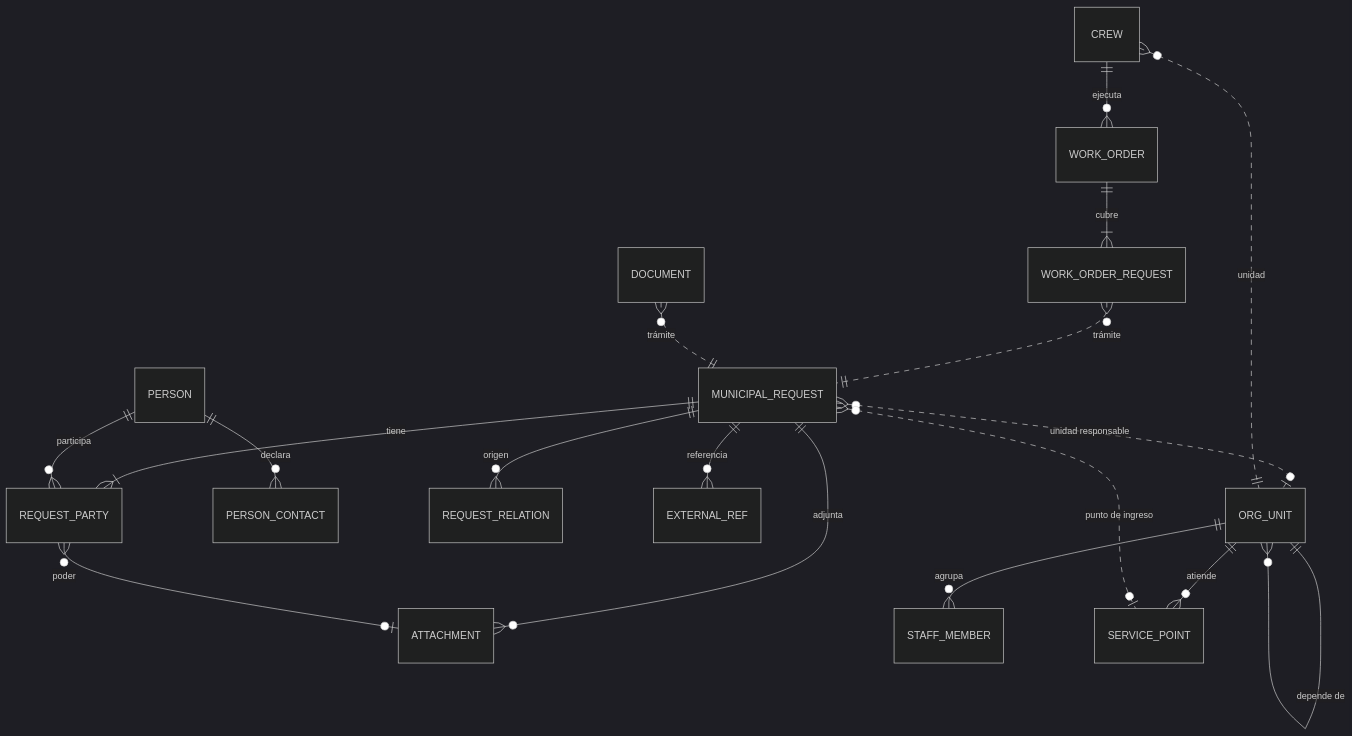
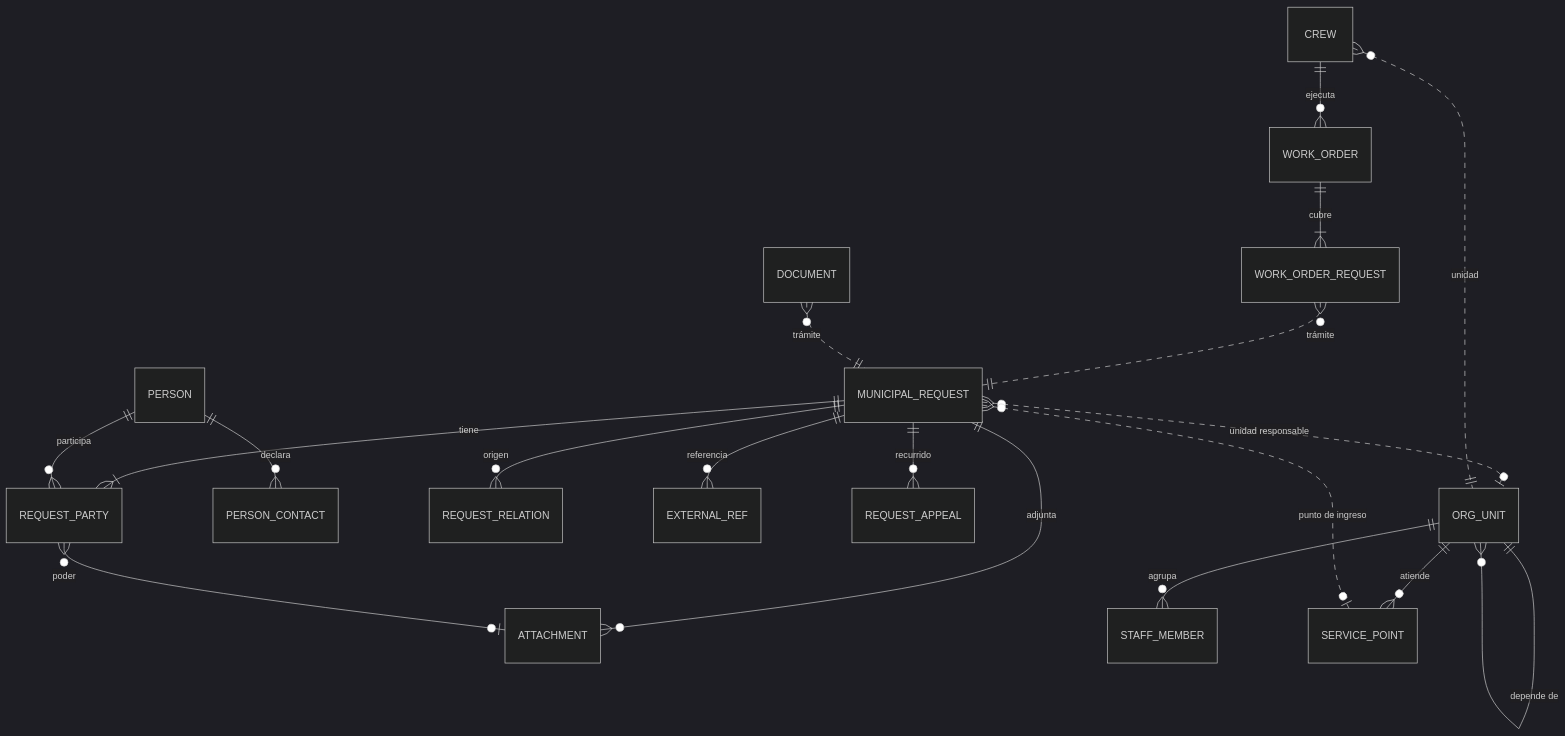
Before and after one commit to CEOAlmaloco/barriodigital-infra: the diagram in docs/contratos/dominio-modelo.md, drawn with Mermaid (dark theme). The commit also changed other lines of this file and 15 other files, not shown here.

````diff
--- a/docs/contratos/dominio-modelo.md
+++ b/docs/contratos/dominio-modelo.md
@@ -9,23 +9,24 @@
 ```mermaid
 erDiagram
   MUNICIPAL_REQUEST ||--|{ REQUEST_PARTY : "tiene"
   PERSON ||--o{ REQUEST_PARTY : "participa"
   PERSON ||--o{ PERSON_CONTACT : "declara"
   MUNICIPAL_REQUEST ||--o{ REQUEST_RELATION : "origen"
   MUNICIPAL_REQUEST ||--o{ ATTACHMENT : "adjunta"
   MUNICIPAL_REQUEST ||--o{ EXTERNAL_REF : "referencia"
+  MUNICIPAL_REQUEST ||--o{ REQUEST_APPEAL : "recurrido"
   REQUEST_PARTY }o--o| ATTACHMENT : "poder"
 
   ORG_UNIT ||--o{ ORG_UNIT : "depende de"
   ORG_UNIT ||--o{ STAFF_MEMBER : "agrupa"
   ORG_UNIT ||--o{ SERVICE_POINT : "atiende"
 
   CREW ||--o{ WORK_ORDER : "ejecuta"
   WORK_ORDER ||--|{ WORK_ORDER_REQUEST : "cubre"
 
   MUNICIPAL_REQUEST }o..o| ORG_UNIT : "unidad responsable"
   MUNICIPAL_REQUEST }o..o| SERVICE_POINT : "punto de ingreso"
   WORK_ORDER_REQUEST }o..|| MUNICIPAL_REQUEST : "trámite"
   CREW }o..|| ORG_UNIT : "unidad"
   DOCUMENT }o..|| MUNICIPAL_REQUEST : "trámite"
 ```
````
